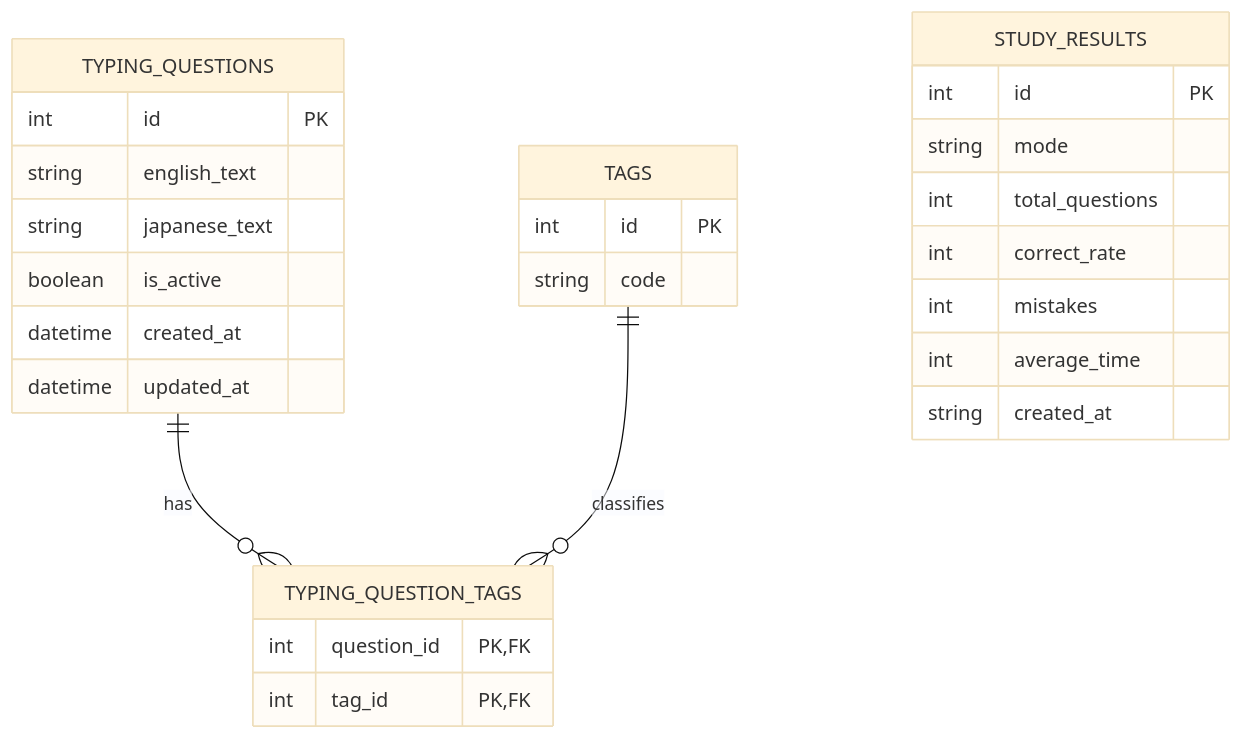
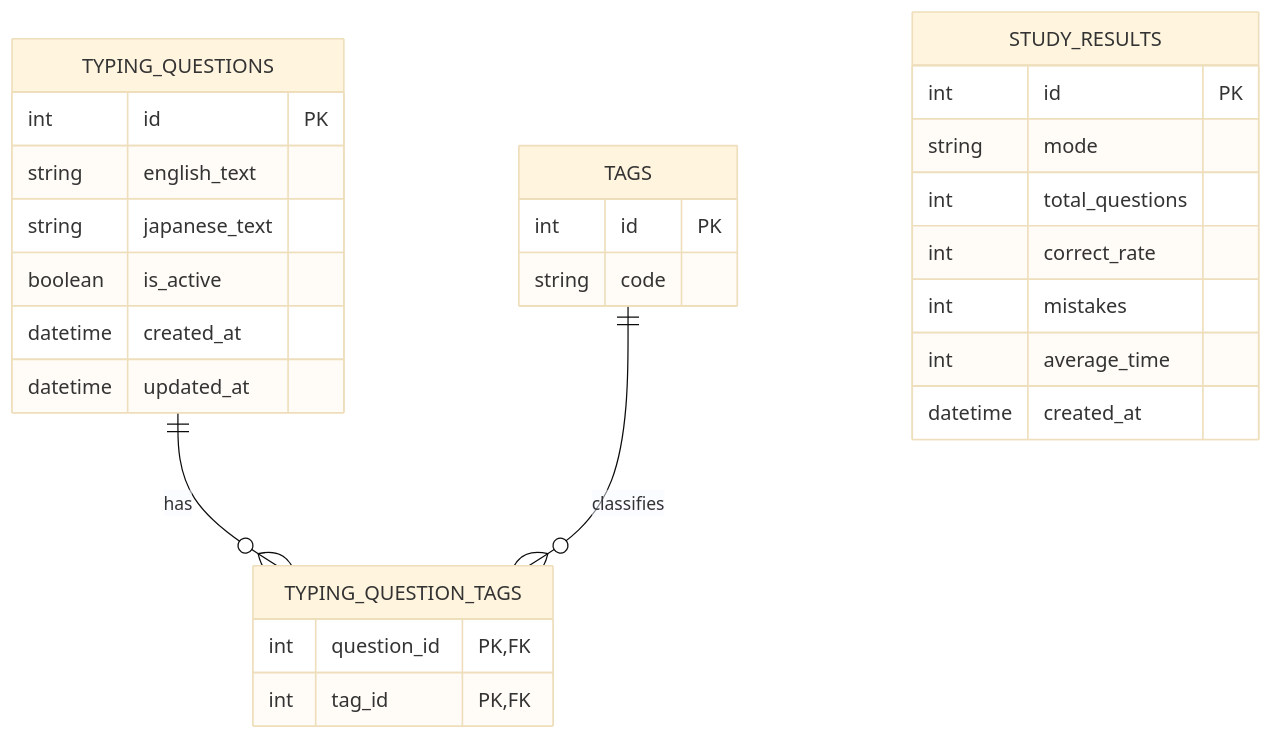
One commit to tokitaku/typing-app changed the diagram in backend/docs/backend-er.md. Above: the diagram before and after it, drawn with Mermaid (base theme).

Commit message:
docs: fix created_at type in STUDY_RESULTS ER diagram
string → datetime に修正（SQLModel の定義に合わせる）

````diff
--- a/backend/docs/backend-er.md
+++ b/backend/docs/backend-er.md
@@ -5,34 +5,34 @@
 ```mermaid
 erDiagram
     TYPING_QUESTIONS ||--o{ TYPING_QUESTION_TAGS : has
     TAGS ||--o{ TYPING_QUESTION_TAGS : classifies
 
     TYPING_QUESTIONS {
         int id PK
         string english_text
         string japanese_text
         boolean is_active
         datetime created_at
         datetime updated_at
     }
 
     TAGS {
         int id PK
         string code
     }
 
     TYPING_QUESTION_TAGS {
         int question_id PK, FK
         int tag_id PK, FK
     }
 
     STUDY_RESULTS {
         int id PK
         string mode
         int total_questions
         int correct_rate
         int mistakes
         int average_time
-        string created_at
+        datetime created_at
     }
 ```
````
